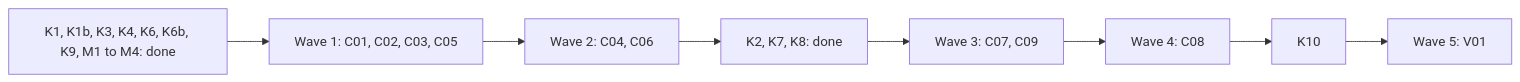
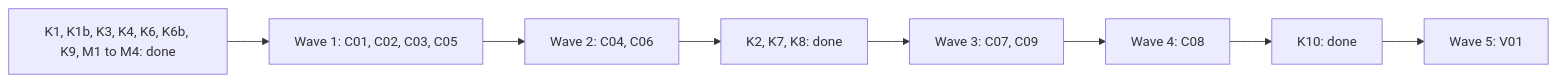
The third of 3 diagrams in docs/plan-0.8.0.md (alfhen/agent-pr-pipeline), drawn with Mermaid before and after one commit. The commit also changed other lines of this file, not shown here.

````diff
--- a/docs/plan-0.8.0.md
+++ b/docs/plan-0.8.0.md
@@ -287,4 +287,4 @@
 ```mermaid
 flowchart LR
-  K[K1, K1b, K3, K4, K6, K6b, K9, M1 to M4: done] --> W1[Wave 1: C01, C02, C03, C05] --> W2[Wave 2: C04, C06] --> K2[K2, K7, K8: done] --> W3[Wave 3: C07, C09] --> W4[Wave 4: C08] --> K10[K10] --> W5[Wave 5: V01]
+  K[K1, K1b, K3, K4, K6, K6b, K9, M1 to M4: done] --> W1[Wave 1: C01, C02, C03, C05] --> W2[Wave 2: C04, C06] --> K2[K2, K7, K8: done] --> W3[Wave 3: C07, C09] --> W4[Wave 4: C08] --> K10[K10: done] --> W5[Wave 5: V01]
 ```
````
